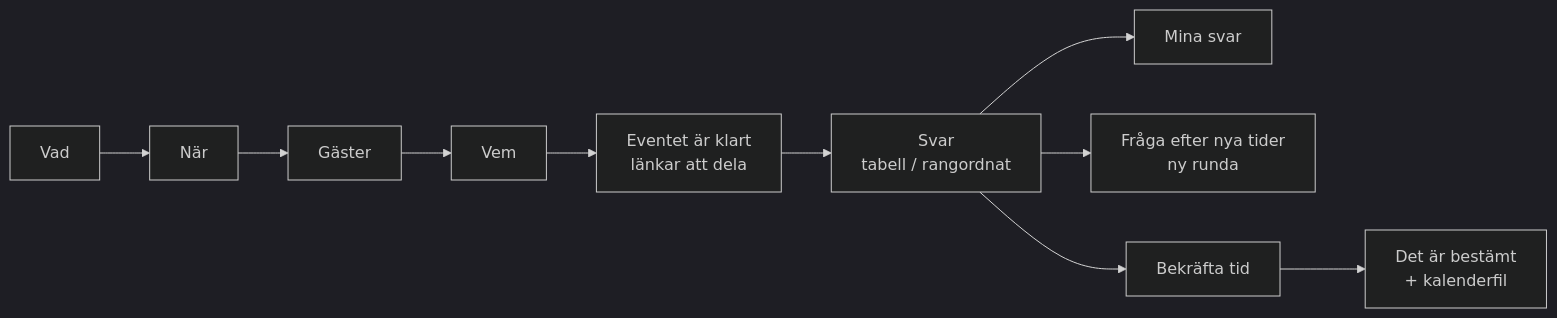
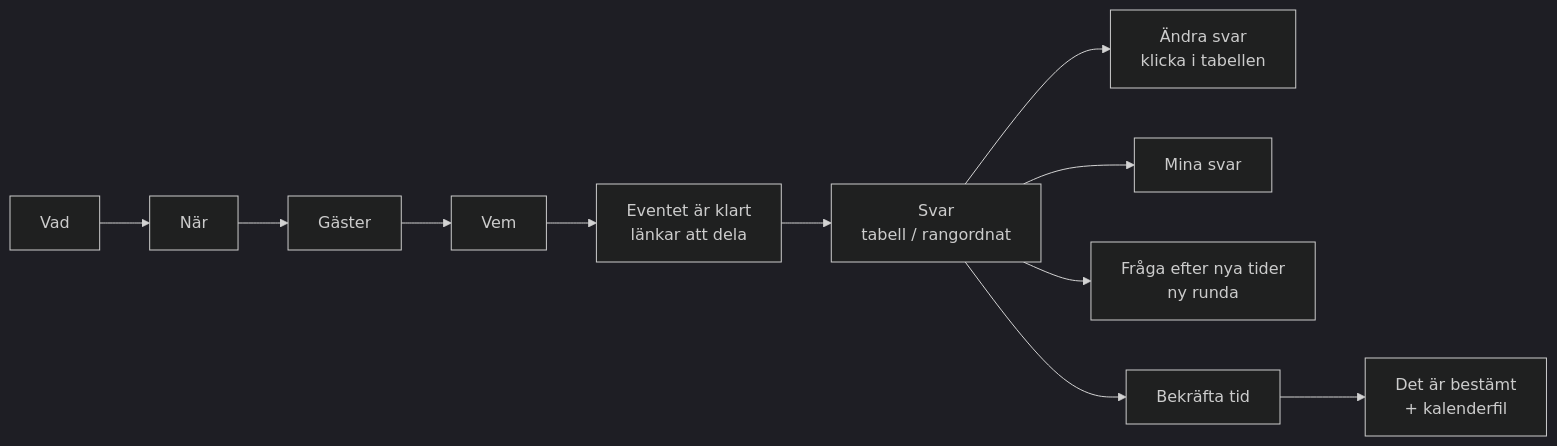
The first of 2 diagrams in app/whenworks/README.md (seke76/stefaneklund-site), drawn with Mermaid (dark theme) before and after one commit. The commit also changed other lines of this file and 5 other files, not shown here.

````diff
--- a/app/whenworks/README.md
+++ b/app/whenworks/README.md
@@ -27,8 +27,9 @@
 ```mermaid
 flowchart LR
   A[Vad] --> B[När] --> C[Gäster] --> D[Vem] --> E[Eventet är klart<br/>länkar att dela]
   E --> F[Svar<br/>tabell / rangordnat]
+  F --> K[Ändra svar<br/>klicka i tabellen]
   F --> G[Mina svar]
   F --> H[Fråga efter nya tider<br/>ny runda]
   F --> I[Bekräfta tid] --> J[Det är bestämt<br/>+ kalenderfil]
 ```
````
